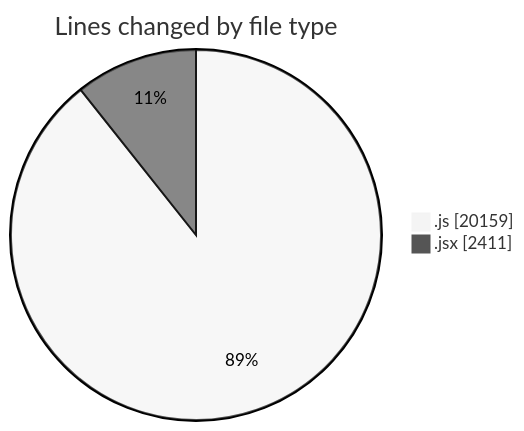
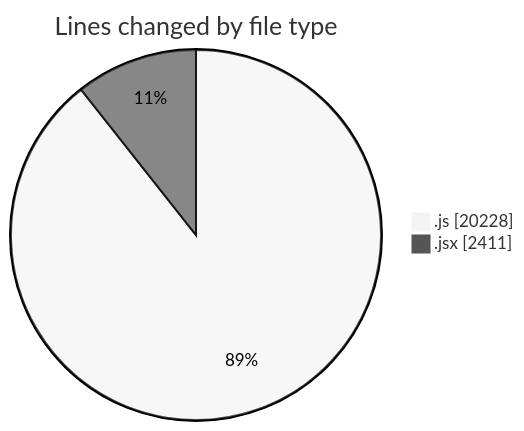
One commit to nxtqubesakshisongat/code-tracking changed the first of 2 diagrams in 2025-09-30/nxtqube_webapp/README.md. Above: the diagram before and after it, drawn with Mermaid (neutral theme). The commit also changed other lines of this file and 1 other file, not shown here.

````diff
--- a/2025-09-30/nxtqube_webapp/README.md
+++ b/2025-09-30/nxtqube_webapp/README.md
@@ -23,6 +23,6 @@
 ```mermaid
 pie showData
 title Lines changed by file type
-".js" : 20159
+".js" : 20228
 ".jsx" : 2411
 ```
````
